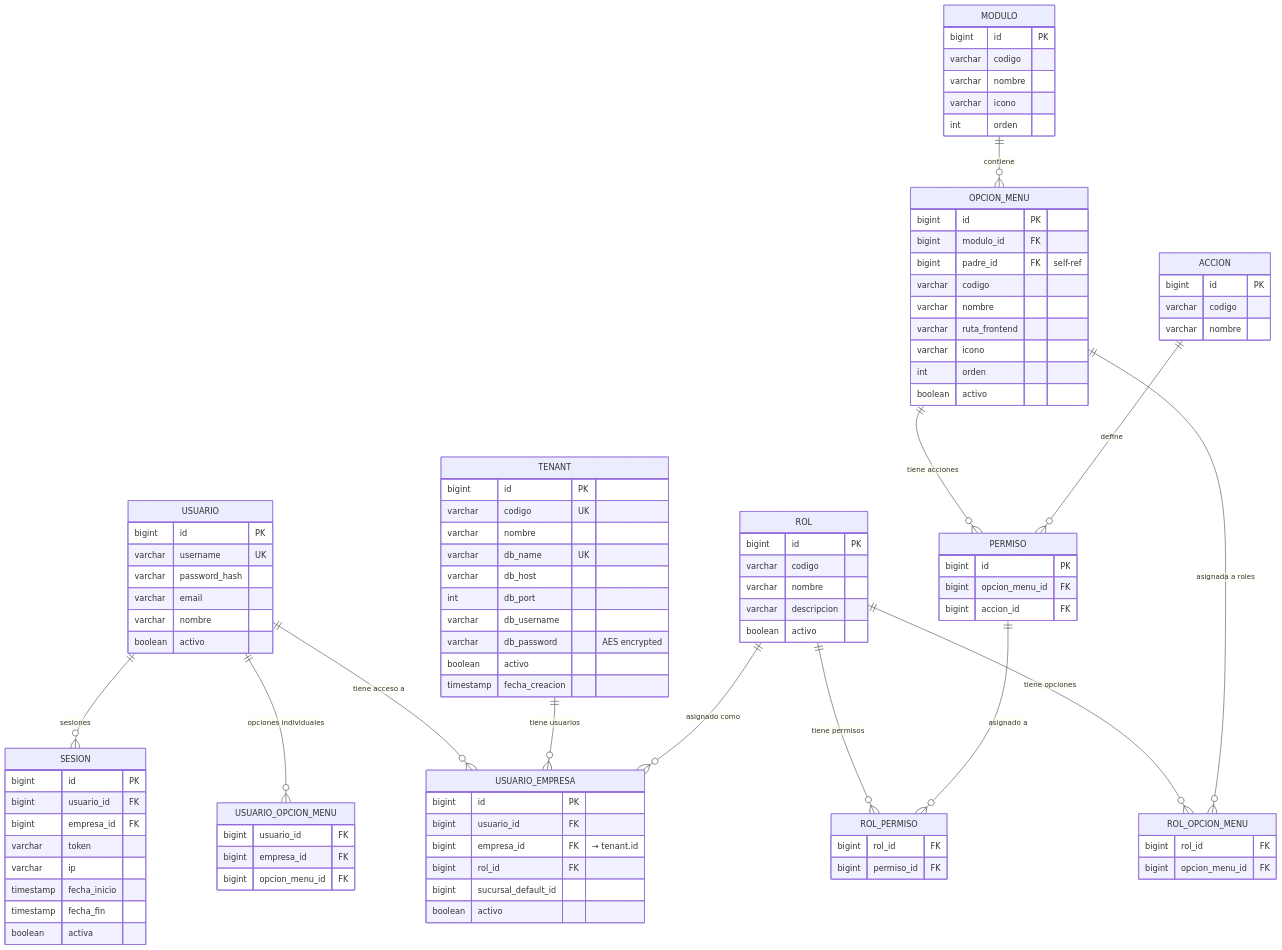
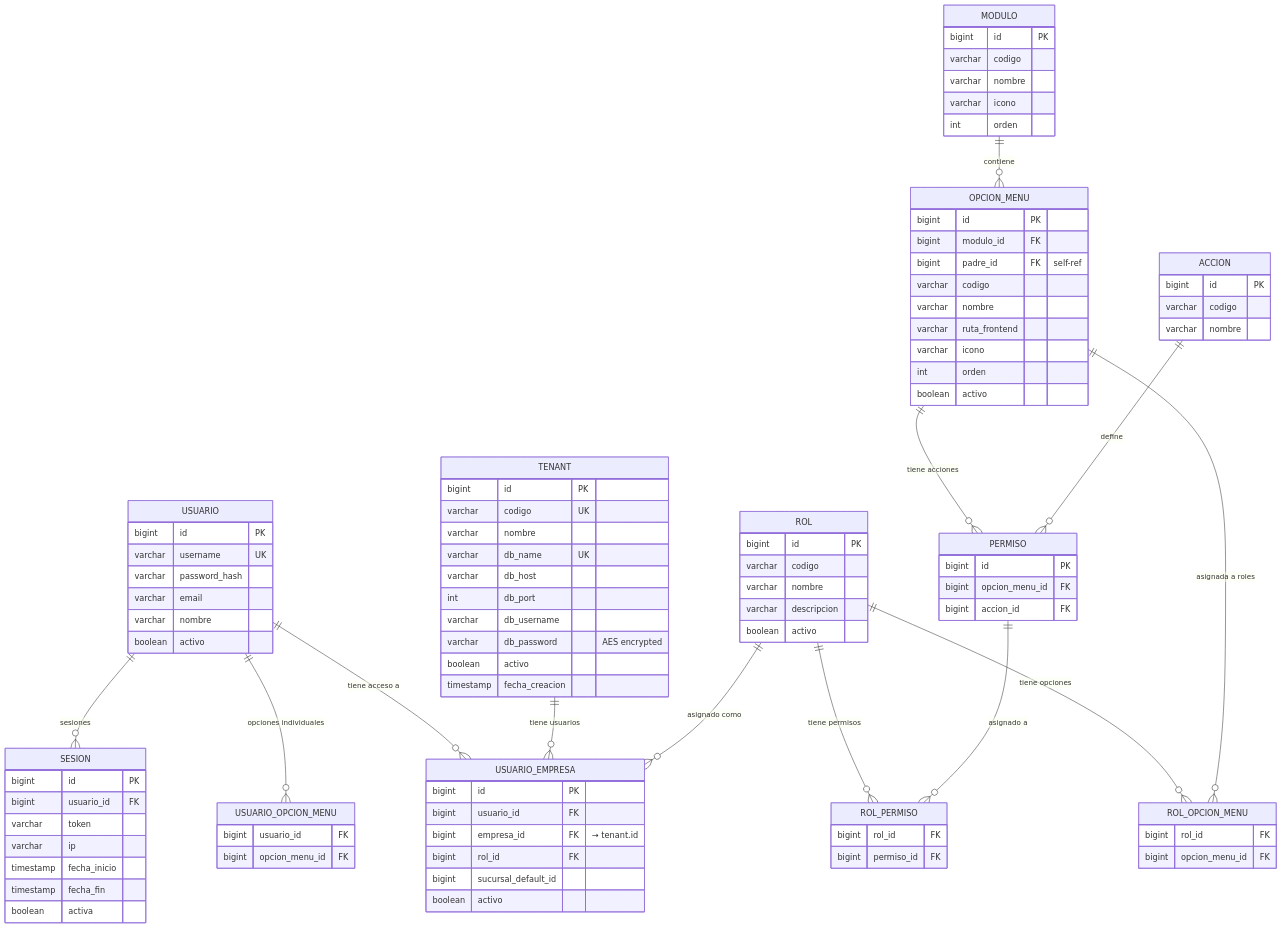
Before and after one commit to jramirezch1978/sigre_web: diagram 49 of 52 in restaurante.pe/ARQUITECTURA_RESTAURANT_PE.md, drawn with Mermaid. The commit also changed other lines of this file and 1 other file, not shown here.

Commit message:
fix: Eliminar empresa_id de tablas de negocio en ER diagrams y maestros - consistencia Database-per-Tenant entre roadmap y arquitectura

```diff
--- a/restaurante.pe/ARQUITECTURA_RESTAURANT_PE.md
+++ b/restaurante.pe/ARQUITECTURA_RESTAURANT_PE.md
@@ -6198,14 +6216,14 @@
 
     USUARIO_OPCION_MENU {
         bigint usuario_id FK
-        bigint empresa_id FK
+
         bigint opcion_menu_id FK
     }
 
     SESION {
         bigint id PK
         bigint usuario_id FK
-        bigint empresa_id FK
+
         varchar token
         varchar ip
         timestamp fecha_inicio
```
